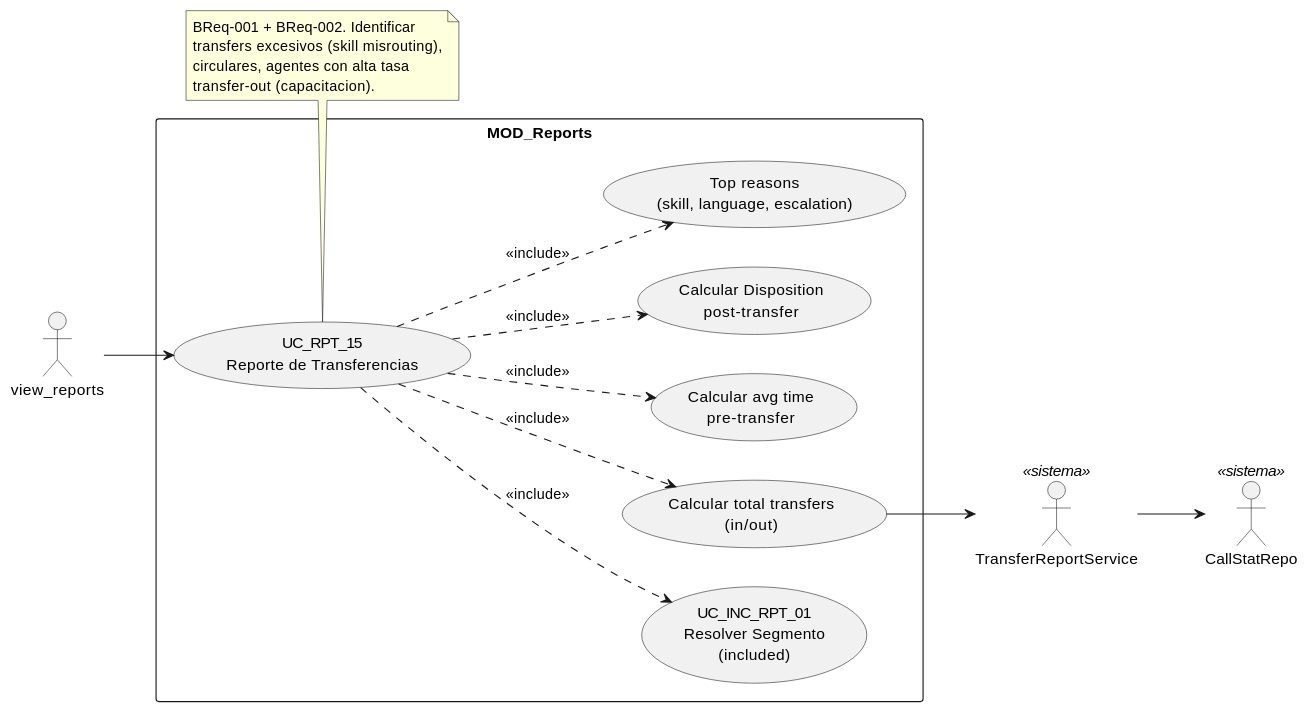
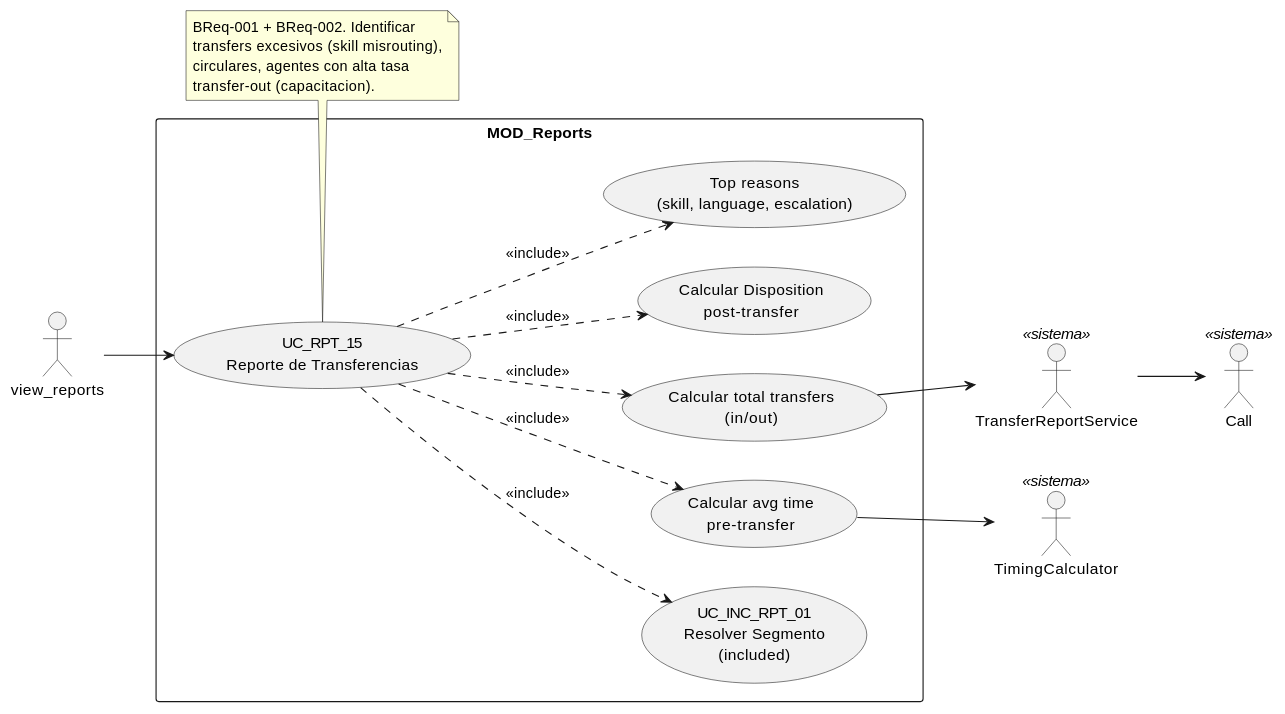
The diagram in source/requisitos/casos-uso/reports/uc-rpt-15/diagramas-uml/diagrama-de-caso-de-uso.rst (jcg-admin/IACT-docs), drawn with PlantUML before and after one commit. The commit also changed other lines of this file and 52 other files, not shown here.

```diff
--- a/source/requisitos/casos-uso/reports/uc-rpt-15/diagramas-uml/diagrama-de-caso-de-uso.rst
+++ b/source/requisitos/casos-uso/reports/uc-rpt-15/diagramas-uml/diagrama-de-caso-de-uso.rst
@@ -4,38 +4,40 @@
 .. uml::
  :caption: UC_RPT_15 — actores y casos asociados
 
  @startuml
 
  left to right direction
 
  actor "view_reports" as INVOKER
  actor "TransferReportService" as SVC <<sistema>>
- actor "CallStatRepo" as REPO <<sistema>>
+ actor "Call" as CALL <<sistema>>
+ actor "TimingCalculator" as TC <<sistema>>
 
  rectangle "MOD_Reports" {
    usecase "UC_RPT_15\nReporte de Transferencias" as UC_RPT_15
    usecase "UC_INC_RPT_01\nResolver Segmento\n(included)" as UC_INC_RPT_01
    usecase "Calcular total transfers\n(in/out)" as METRIC_TOTAL
    usecase "Calcular avg time\npre-transfer" as METRIC_PRETIME
    usecase "Calcular Disposition\npost-transfer" as METRIC_POST
    usecase "Top reasons\n(skill, language, escalation)" as METRIC_REASONS
  }
 
  INVOKER --> UC_RPT_15
  UC_RPT_15 ..> UC_INC_RPT_01 : <<include>>
  UC_RPT_15 ..> METRIC_TOTAL : <<include>>
  UC_RPT_15 ..> METRIC_PRETIME : <<include>>
  UC_RPT_15 ..> METRIC_POST : <<include>>
  UC_RPT_15 ..> METRIC_REASONS : <<include>>
 
  METRIC_TOTAL --> SVC
- SVC --> REPO
+ SVC --> CALL
+ METRIC_PRETIME --> TC
 
  note bottom of UC_RPT_15
    BReq-001 + BReq-002. Identificar
    transfers excesivos (skill misrouting),
    circulares, agentes con alta tasa
    transfer-out (capacitacion).
  end note
 
  @enduml
```
